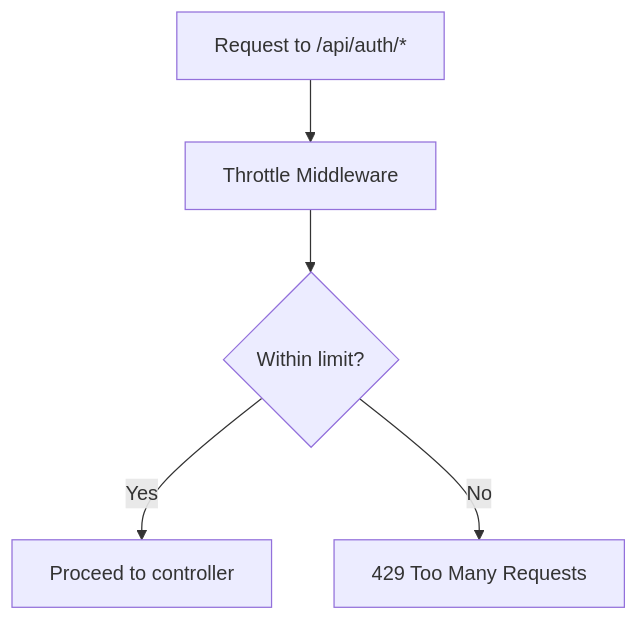
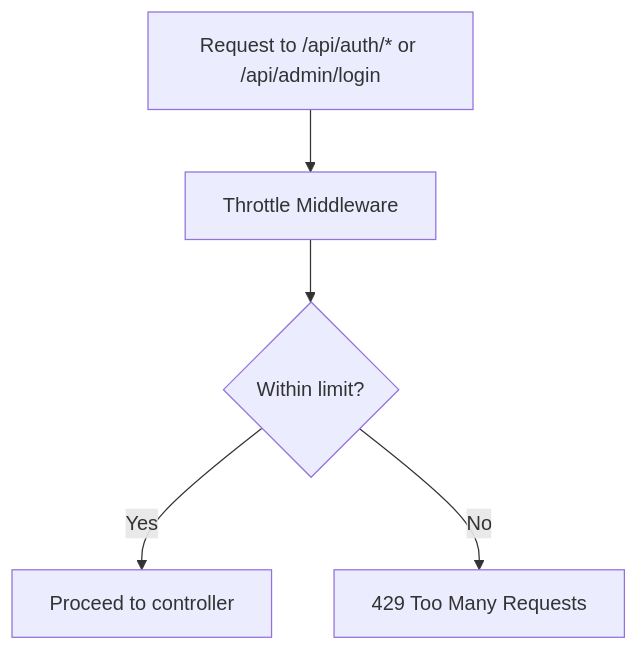
The tenth of 13 diagrams in .qoder/repowiki/en/content/Security Implementation/Security Implementation.md (mahbub095/bus-app), drawn with Mermaid before and after one commit. The commit also changed other lines of this file and 460 other files, not shown here.

````diff
--- a/.qoder/repowiki/en/content/Security Implementation/Security Implementation.md
+++ b/.qoder/repowiki/en/content/Security Implementation/Security Implementation.md
@@ -461,7 +609,7 @@
 ```mermaid
 flowchart TD
-A["Request to /api/auth/*"] --> B["Throttle Middleware"]
+A["Request to /api/auth/* or /api/admin/login"] --> B["Throttle Middleware"]
 B --> C{"Within limit?"}
 C --> |Yes| D["Proceed to controller"]
 C --> |No| E["429 Too Many Requests"]
 ```
````
